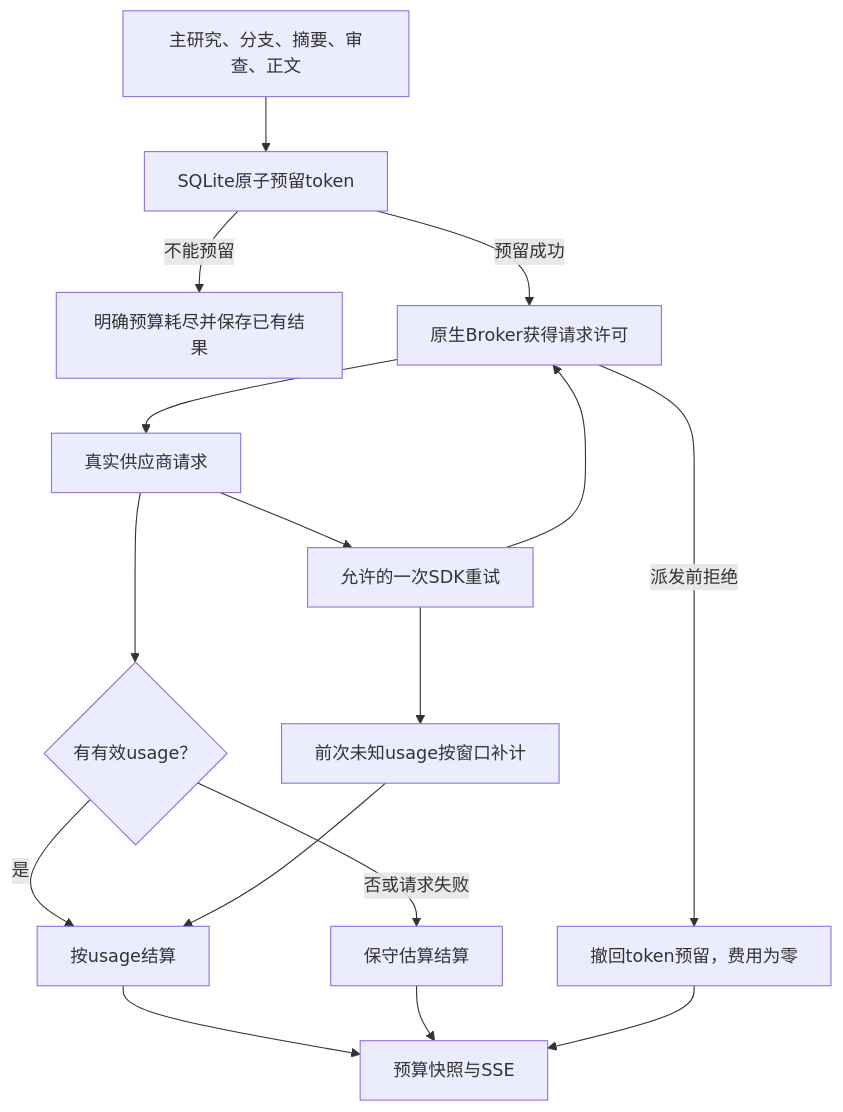
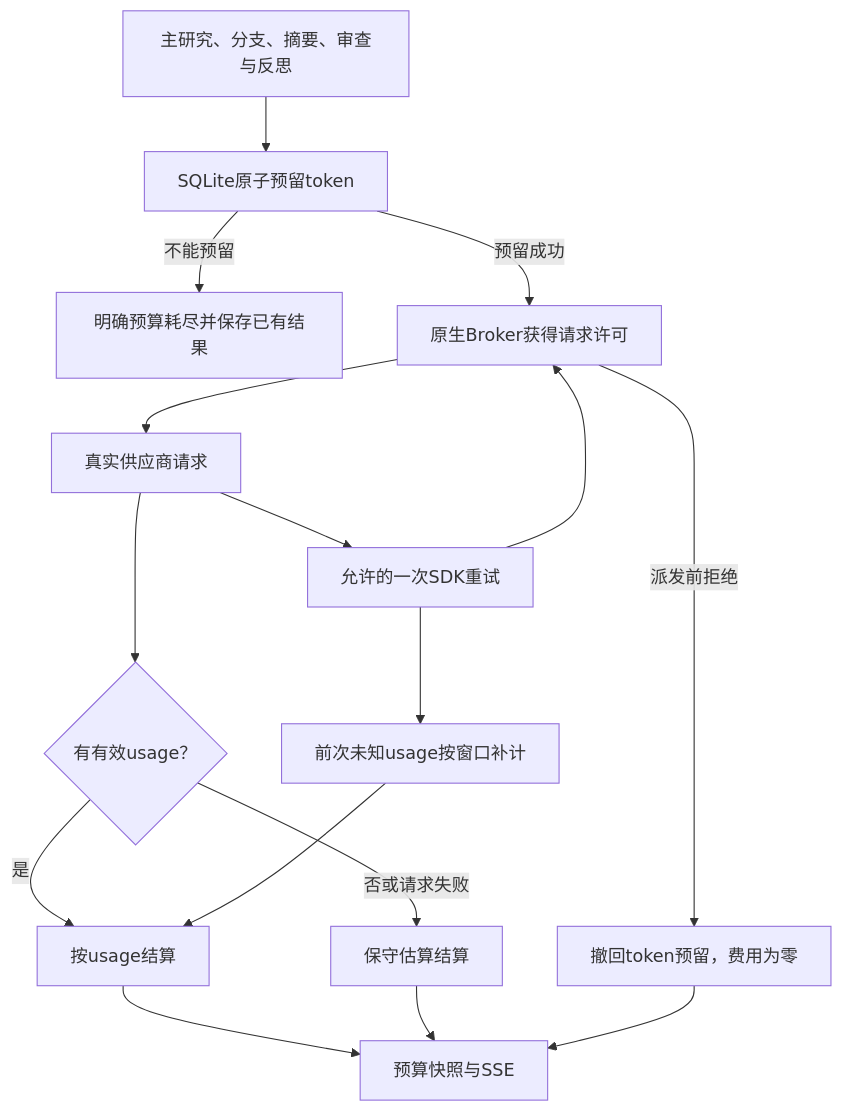
The diagram in docs/sphinx/diagrams/budget.mmd (pty819/nooa-etching-rca), drawn with Mermaid before and after one commit. The commit also changed 29 other files, not shown here.

```diff
--- a/docs/sphinx/diagrams/budget.mmd
+++ b/docs/sphinx/diagrams/budget.mmd
@@ -1,16 +1,16 @@
 flowchart TB
-  R[主研究、分支、摘要、审查、正文] --> L[SQLite原子预留token]
+  R[主研究、分支、摘要、审查与反思] --> L[SQLite原子预留token]
   L -->|不能预留| STOP[明确预算耗尽并保存已有结果]
   L -->|预留成功| B[原生Broker获得请求许可]
   B -->|派发前拒绝| Z[撤回token预留，费用为零]
   B --> API[真实供应商请求]
   API --> U{有有效usage？}
   U -->|是| SET[按usage结算]
   U -->|否或请求失败| EST[保守估算结算]
   API --> RETRY[允许的一次SDK重试]
   RETRY --> B
   RETRY --> UNK[前次未知usage按窗口补计]
   UNK --> SET
   SET --> UI[预算快照与SSE]
   EST --> UI
   Z --> UI
```
